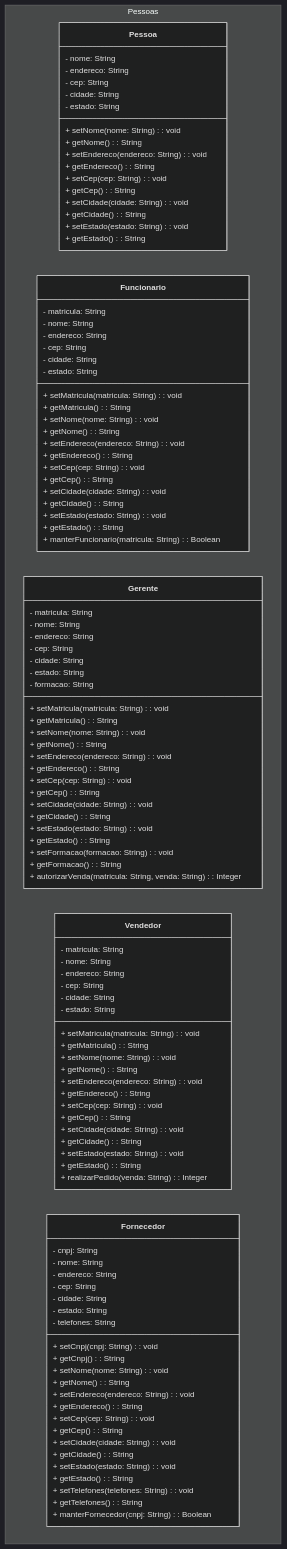
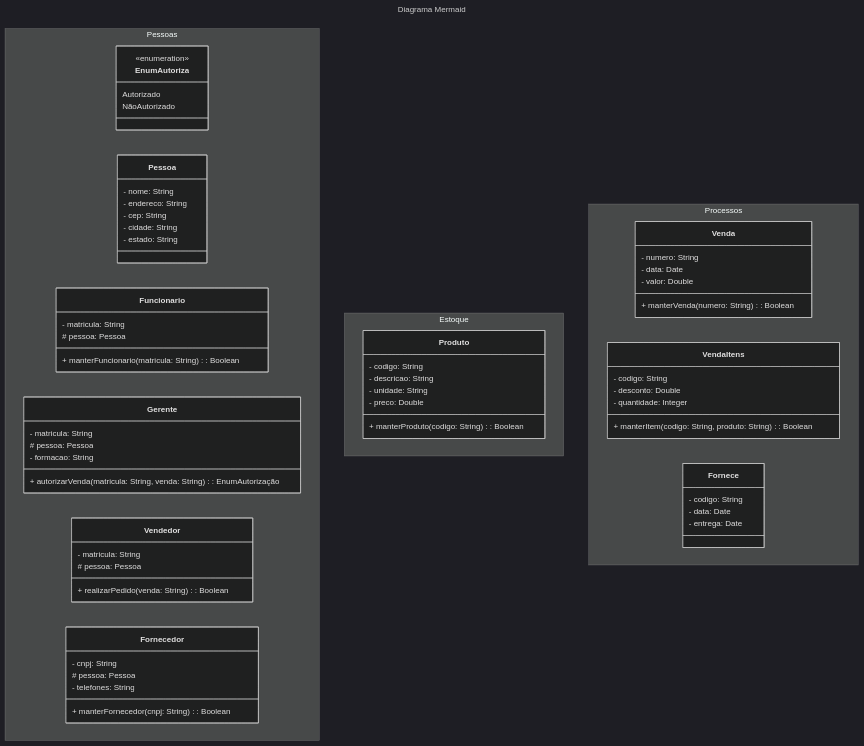
Before and after one commit to h4mn/fatec_engenharia: the second of 2 diagrams in aulas/ES3m230830_04_0040482222015.md, drawn with Mermaid (dark theme). The commit also changed other lines of this file, not shown here.

Commit message:
feat: add finaliza exercício da aula 4

````diff
--- a/aulas/ES3m230830_04_0040482222015.md
+++ b/aulas/ES3m230830_04_0040482222015.md
@@ -67,114 +192,70 @@
 ```mermaid
+---
+title: Diagrama Mermaid
+---
 classDiagram
 namespace Pessoas {
+    class EnumAutoriza {
+        <<enumeration>>
+        Autorizado
+        NãoAutorizado
+    }
     class Pessoa {
         - nome: String
         - endereco: String
         - cep: String
         - cidade: String
         - estado: String
-        + setNome(nome: String): void
-        + getNome(): String
-        + setEndereco(endereco: String): void
-        + getEndereco(): String
-        + setCep(cep: String): void
-        + getCep(): String
-        + setCidade(cidade: String): void
-        + getCidade(): String
-        + setEstado(estado: String): void
-        + getEstado(): String
     }
     class Funcionario {
         - matricula: String
-        - nome: String
-        - endereco: String
-        - cep: String
-        - cidade: String
-        - estado: String
-        + setMatricula(matricula: String): void
-        + getMatricula(): String
-        + setNome(nome: String): void
-        + getNome(): String
-        + setEndereco(endereco: String): void
-        + getEndereco(): String
-        + setCep(cep: String): void
-        + getCep(): String
-        + setCidade(cidade: String): void
-        + getCidade(): String
-        + setEstado(estado: String): void
-        + getEstado(): String
+        # pessoa: Pessoa
         + manterFuncionario(matricula: String): Boolean
-        
     }
     class Gerente {
         - matricula: String
-        - nome: String
-        - endereco: String
-        - cep: String
-        - cidade: String
-        - estado: String
+        # pessoa: Pessoa
         - formacao: String
-        + setMatricula(matricula: String): void
-        + getMatricula(): String
-        + setNome(nome: String): void
-        + getNome(): String
-        + setEndereco(endereco: String): void
-        + getEndereco(): String
-        + setCep(cep: String): void
-        + getCep(): String
-        + setCidade(cidade: String): void
-        + getCidade(): String
-        + setEstado(estado: String): void
-        + getEstado(): String
-        + setFormacao(formacao: String): void
-        + getFormacao(): String
-        + autorizarVenda(matricula: String, venda: String): Integer
+        + autorizarVenda(matricula: String, venda: String): EnumAutorização
     }
     class Vendedor {
         - matricula: String
-        - nome: String
-        - endereco: String
-        - cep: String
-        - cidade: String
-        - estado: String
-        + setMatricula(matricula: String): void
-        + getMatricula(): String
-        + setNome(nome: String): void
-        + getNome(): String
-        + setEndereco(endereco: String): void
-        + getEndereco(): String
-        + setCep(cep: String): void
-        + getCep(): String
-        + setCidade(cidade: String): void
-        + getCidade(): String
-        + setEstado(estado: String): void
-        + getEstado(): String
-        + realizarPedido(venda: String): Integer
+        # pessoa: Pessoa
+        + realizarPedido(venda: String): Boolean
     }
     class Fornecedor {
         - cnpj: String
-        - nome: String
-        - endereco: String
-        - cep: String
-        - cidade: String
-        - estado: String
+        # pessoa: Pessoa
         - telefones: String
-        + setCnpj(cnpj: String): void
-        + getCnpj(): String
-        + setNome(nome: String): void
-        + getNome(): String
-        + setEndereco(endereco: String): void
-        + getEndereco(): String
-        + setCep(cep: String): void
-        + getCep(): String
-        + setCidade(cidade: String): void
-        + getCidade(): String
-        + setEstado(estado: String): void
-        + getEstado(): String
-        + setTelefones(telefones: String): void
-        + getTelefones(): String
         + manterFornecedor(cnpj: String): Boolean
     }
-
+}
+namespace Estoque {
+    class Produto {
+        - codigo: String
+        - descricao: String
+        - unidade: String
+        - preco: Double
+        + manterProduto(codigo: String): Boolean
+    }
+}
+namespace Processos {
+    class Venda {
+        - numero: String
+        - data: Date
+        - valor: Double
+        + manterVenda(numero: String): Boolean
+    }
+    class VendaItens {
+        - codigo: String
+        - desconto: Double
+        - quantidade: Integer
+        + manterItem(codigo: String, produto: String): Boolean
+    }
+    class Fornece {
+        - codigo: String
+        - data: Date
+        - entrega: Date
+    }
 }
 ```
````
